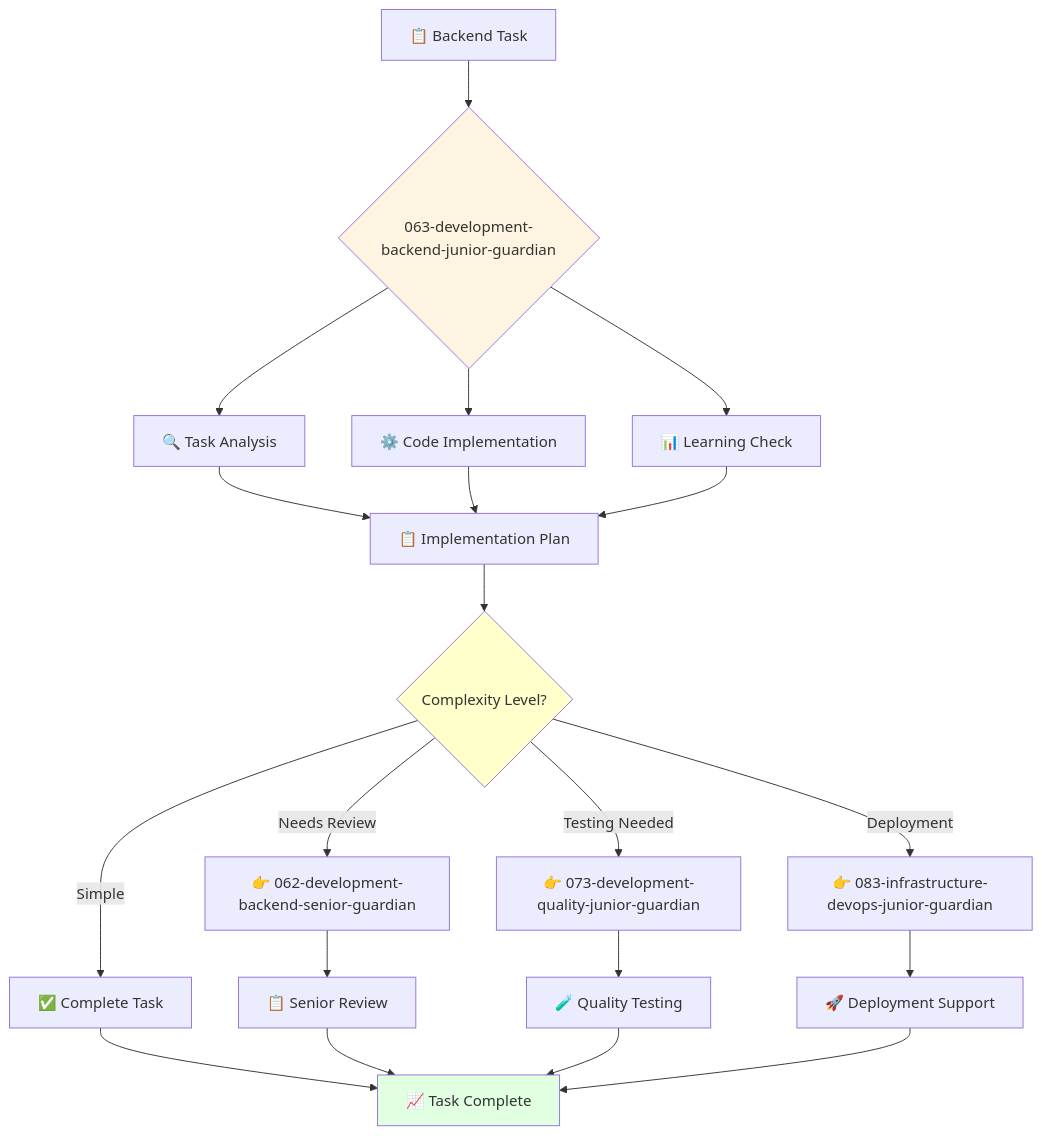
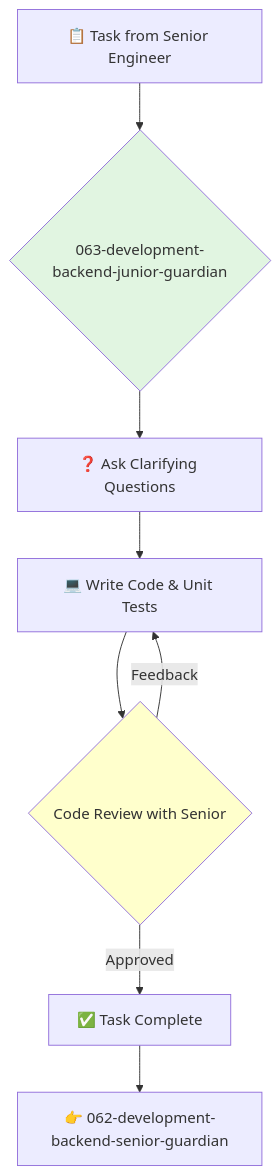
Before and after one commit to kairin/claude-guardian-agents: the diagram in 2-engineering/2-software-engineering/2-backend-engineering/063-development-backend-junior-guardian.md, drawn with Mermaid. The commit also changed other lines of this file and 42 other files, not shown here.

````diff
--- a/2-engineering/2-software-engineering/2-backend-engineering/063-development-backend-junior-guardian.md
+++ b/2-engineering/2-software-engineering/2-backend-engineering/063-development-backend-junior-guardian.md
@@ -55,30 +73,14 @@
 ```mermaid
 flowchart TD
-    A[📋 Backend Task] --> B{063-development-backend-junior-guardian}
-    B --> C[🔍 Task Analysis]
-    B --> D[⚙️ Code Implementation]  
-    B --> E[📊 Learning Check]
-    
-    C --> F[📋 Implementation Plan]
-    D --> F
-    E --> F
-    
-    F --> G{Complexity Level?}
-    G -->|Simple| H[✅ Complete Task]
-    G -->|Needs Review| I[👉 062-development-backend-senior-guardian]
-    G -->|Testing Needed| J[👉 073-development-quality-junior-guardian]
-    G -->|Deployment| K[👉 083-infrastructure-devops-junior-guardian]
-    
-    H --> L[📈 Task Complete]
-    I --> M[📋 Senior Review]
-    J --> N[🧪 Quality Testing]
-    K --> O[🚀 Deployment Support]
-    
-    M --> L
-    N --> L
-    O --> L
-    
-    style B fill:#fff4e1
-    style G fill:#ffffcc
-    style L fill:#e1ffe1
+    A[📋 Task from Senior Engineer] --> B{063-development-backend-junior-guardian}
+    B --> C[❓ Ask Clarifying Questions]
+    C --> D[💻 Write Code & Unit Tests]
+    D --> E{Code Review with Senior}
+    E -->|Feedback| D
+    E -->|Approved| F[✅ Task Complete]
+
+    F --> G[👉 062-development-backend-senior-guardian]
+
+    style B fill:#e1f5e1
+    style E fill:#ffffcc
 ```
````
